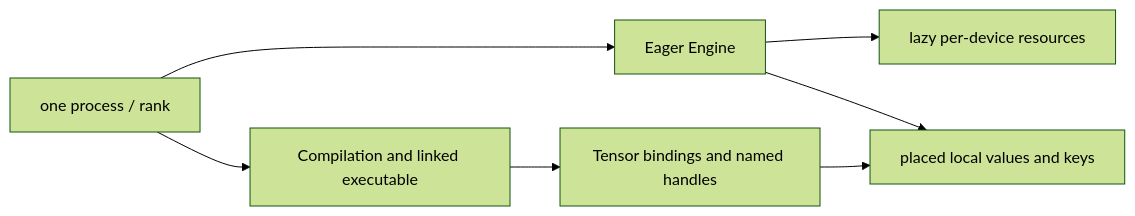
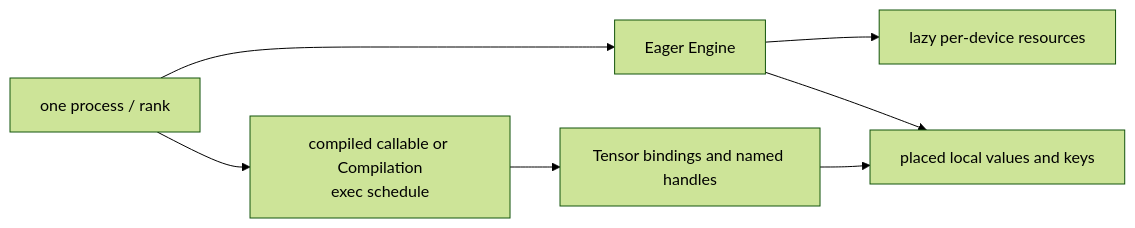
Before and after one commit to visualDust/fhelium: the first of 3 diagrams in docs/concepts/architecture/ownership-and-responsibilities.md, drawn with Mermaid (forest theme). The commit also changed other lines of this file and 475 other files, not shown here.

````diff
--- a/docs/concepts/architecture/ownership-and-responsibilities.md
+++ b/docs/concepts/architecture/ownership-and-responsibilities.md
@@ -7,13 +7,13 @@
 ```mermaid
 flowchart LR
     PROCESS["one process / rank"]
     ENGINE["Eager Engine"]
-    COMPILE["Compilation and linked executable"]
+    COMPILE["compiled callable or Compilation<br/>exec schedule"]
     BINDINGS["Tensor bindings and named handles"]
     DEVICES["lazy per-device resources"]
     VALUES["placed local values and keys"]
     PROCESS --> ENGINE --> DEVICES
     ENGINE --> VALUES
     PROCESS --> COMPILE --> BINDINGS
     BINDINGS --> VALUES
 ```
````
